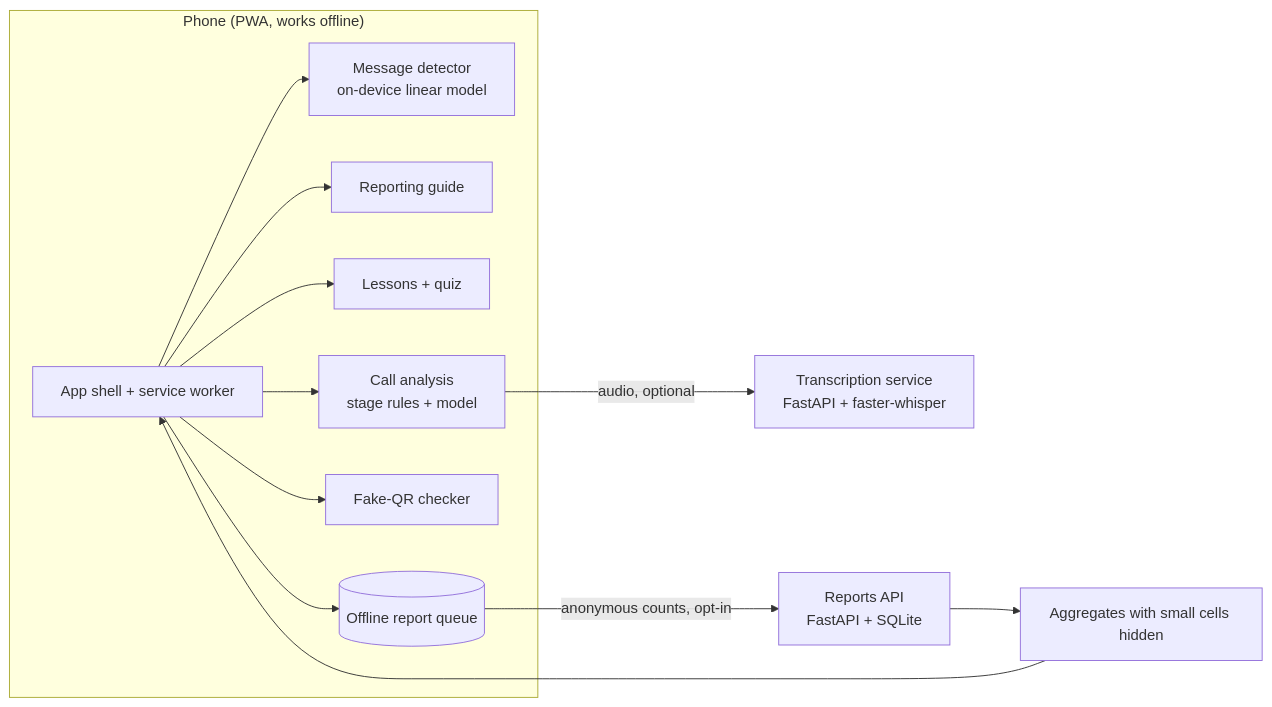
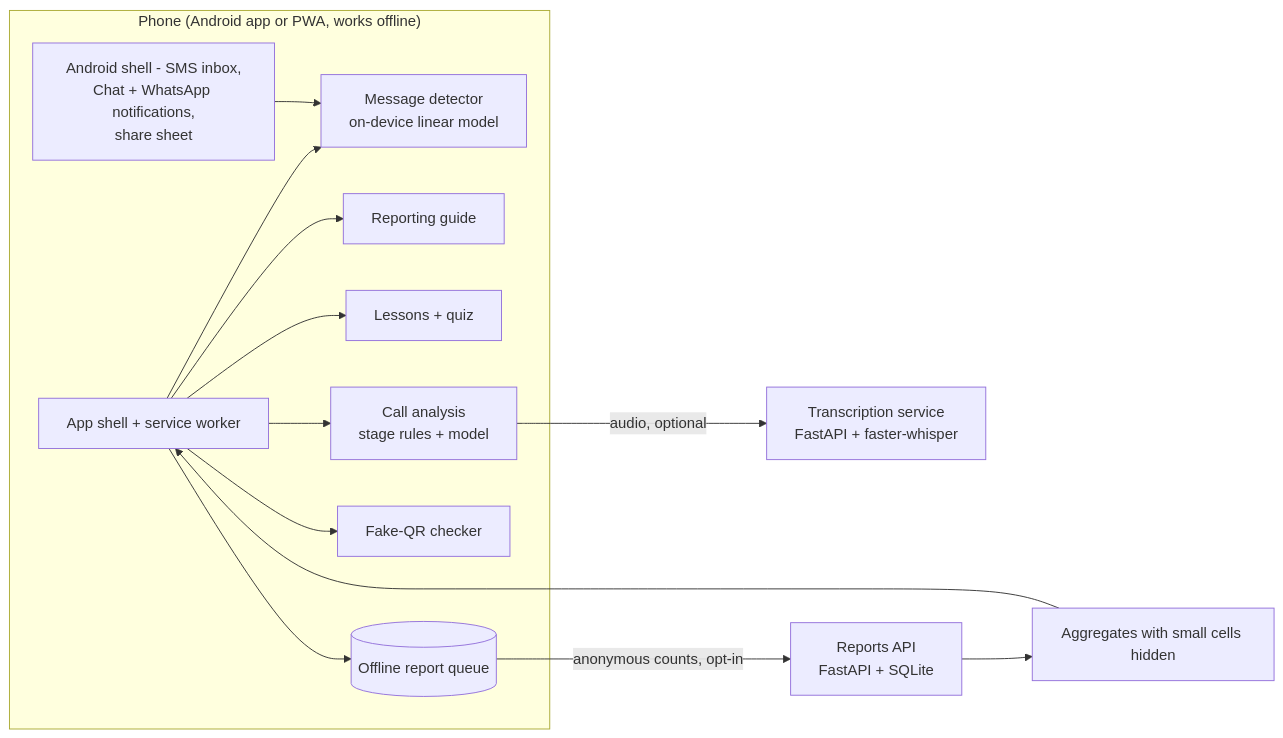
Before and after one commit to Headhunte-121/Hack-a-sol-specter: the diagram in README.md, drawn with Mermaid. The commit also changed other lines of this file, not shown here.

First line of the commit message:
docs(readme): Android app section, permissions, build steps, evaluation caveat, Android limits

````diff
--- a/README.md
+++ b/README.md
@@ -25,15 +45,16 @@
 ```mermaid
 flowchart LR
-  subgraph Phone["Phone (PWA, works offline)"]
+  subgraph Phone["Phone (Android app or PWA, works offline)"]
     A[App shell + service worker] --> B[Message detector<br/>on-device linear model]
+    N[Android shell - SMS inbox,<br/>Chat + WhatsApp notifications,<br/>share sheet] --> B
     A --> C[Reporting guide]
     A --> D[Lessons + quiz]
     A --> E[Call analysis<br/>stage rules + model]
     A --> F[Fake-QR checker]
     A --> Q[(Offline report queue)]
   end
   E -- audio, optional --> S[Transcription service<br/>FastAPI + faster-whisper]
   Q -- anonymous counts, opt-in --> R[Reports API<br/>FastAPI + SQLite]
   R --> T[Aggregates with small cells hidden]
   T --> A
 ```
````
